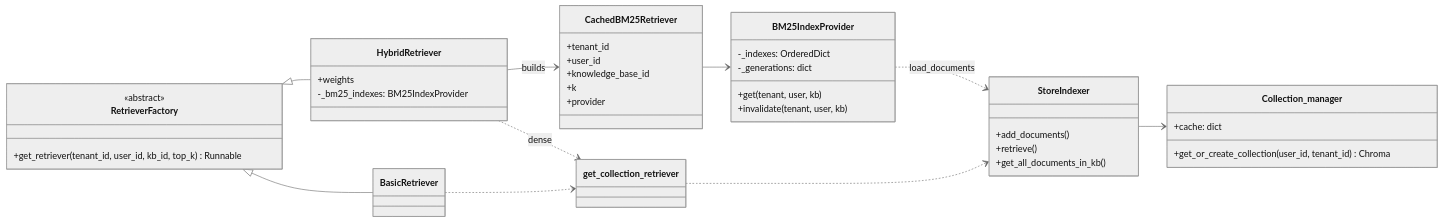
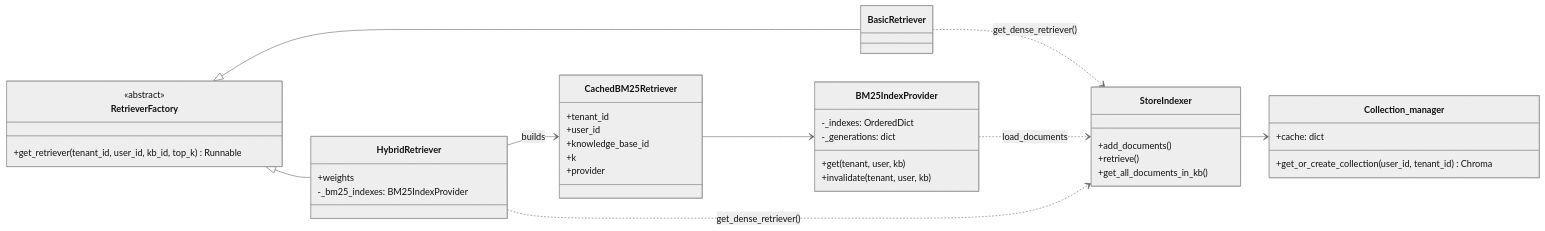
Before and after one commit to jltz1207/LoginFastapi: the third of 8 diagrams in docs/vectorstore/vectorstore-retriever-structure-20261009.md, drawn with Mermaid (neutral theme). The commit also changed other lines of this file and 10 other files, not shown here.

Commit message:
refactor vectore store: add filter scope, move "get_dense_retriever" to storeindexer (Phase 1)

````diff
--- a/docs/vectorstore/vectorstore-retriever-structure-20261009.md
+++ b/docs/vectorstore/vectorstore-retriever-structure-20261009.md
@@ -46,44 +46,43 @@
 ```mermaid
 classDiagram
     direction LR
     class RetrieverFactory {
         <<abstract>>
         +get_retriever(tenant_id, user_id, kb_id, top_k) Runnable
     }
     class BasicRetriever
     class HybridRetriever {
         +weights
         -_bm25_indexes: BM25IndexProvider
     }
     class CachedBM25Retriever {
         +tenant_id
         +user_id
         +knowledge_base_id
         +k
         +provider
     }
     class BM25IndexProvider {
         -_indexes: OrderedDict
         -_generations: dict
         +get(tenant, user, kb)
         +invalidate(tenant, user, kb)
     }
     class StoreIndexer {
         +add_documents()
         +retrieve()
         +get_all_documents_in_kb()
     }
     class Collection_manager {
         +cache: dict
         +get_or_create_collection(user_id, tenant_id) Chroma
     }
     RetrieverFactory <|-- BasicRetriever
     RetrieverFactory <|-- HybridRetriever
     HybridRetriever --> CachedBM25Retriever : builds
-    HybridRetriever ..> get_collection_retriever : dense
-    BasicRetriever ..> get_collection_retriever
+    HybridRetriever ..> StoreIndexer : get_dense_retriever()
+    BasicRetriever ..> StoreIndexer : get_dense_retriever()
     CachedBM25Retriever --> BM25IndexProvider
     BM25IndexProvider ..> StoreIndexer : load_documents
-    get_collection_retriever ..> StoreIndexer
     StoreIndexer --> Collection_manager
 ```
````
